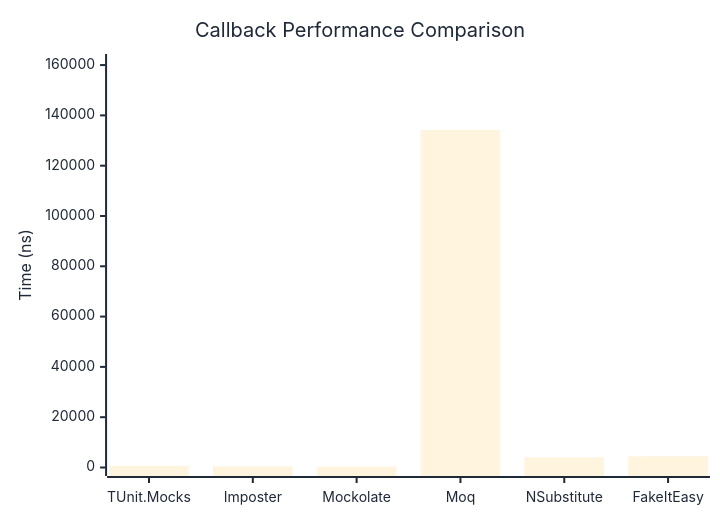
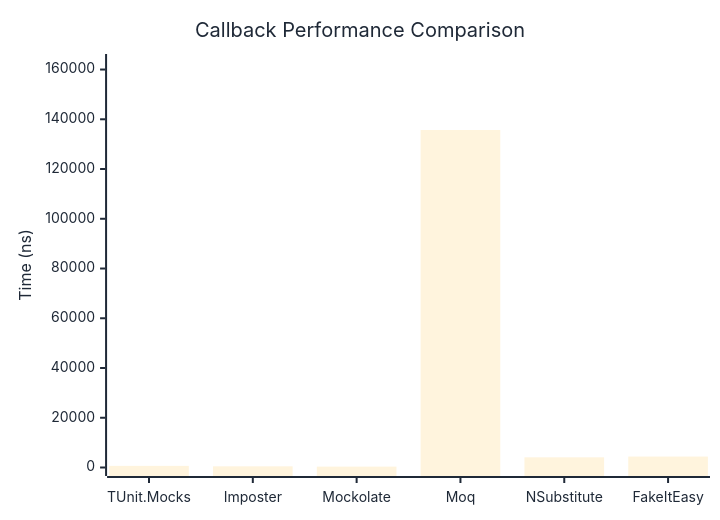
One commit to thomhurst/TUnit changed the first of 2 diagrams in docs/docs/benchmarks/mocks/Callback.md. Above: the diagram before and after it, drawn with Mermaid. The commit also changed other lines of this file and 14 other files, not shown here.

````diff
--- a/docs/docs/benchmarks/mocks/Callback.md
+++ b/docs/docs/benchmarks/mocks/Callback.md
@@ -28,27 +28,27 @@
 ```mermaid
 %%{init: {
   'theme':'base',
   'themeVariables': {
     'primaryColor': '#2563eb',
     'primaryTextColor': '#1f2937',
     'primaryBorderColor': '#1e40af',
     'lineColor': '#6b7280',
     'secondaryColor': '#7c3aed',
     'tertiaryColor': '#dc2626',
     'background': '#ffffff',
     'pie1': '#2563eb',
     'pie2': '#7c3aed',
     'pie3': '#dc2626',
     'pie4': '#f59e0b',
     'pie5': '#10b981',
     'pie6': '#06b6d4',
     'pie7': '#ec4899',
     'pie8': '#6366f1'
   }
 }}%%
 xychart-beta
   title "Callback Performance Comparison"
   x-axis ["TUnit.Mocks", "Imposter", "Mockolate", "Moq", "NSubstitute", "FakeItEasy"]
-  y-axis "Time (ns)" 0 --> 161023
-  bar [595.3, 456.7, 343.6, 134185.1, 4037.1, 4430.2]
+  y-axis "Time (ns)" 0 --> 162827
+  bar [649.1, 468.5, 352.7, 135688.9, 4089.1, 4391.9]
 ```
````
